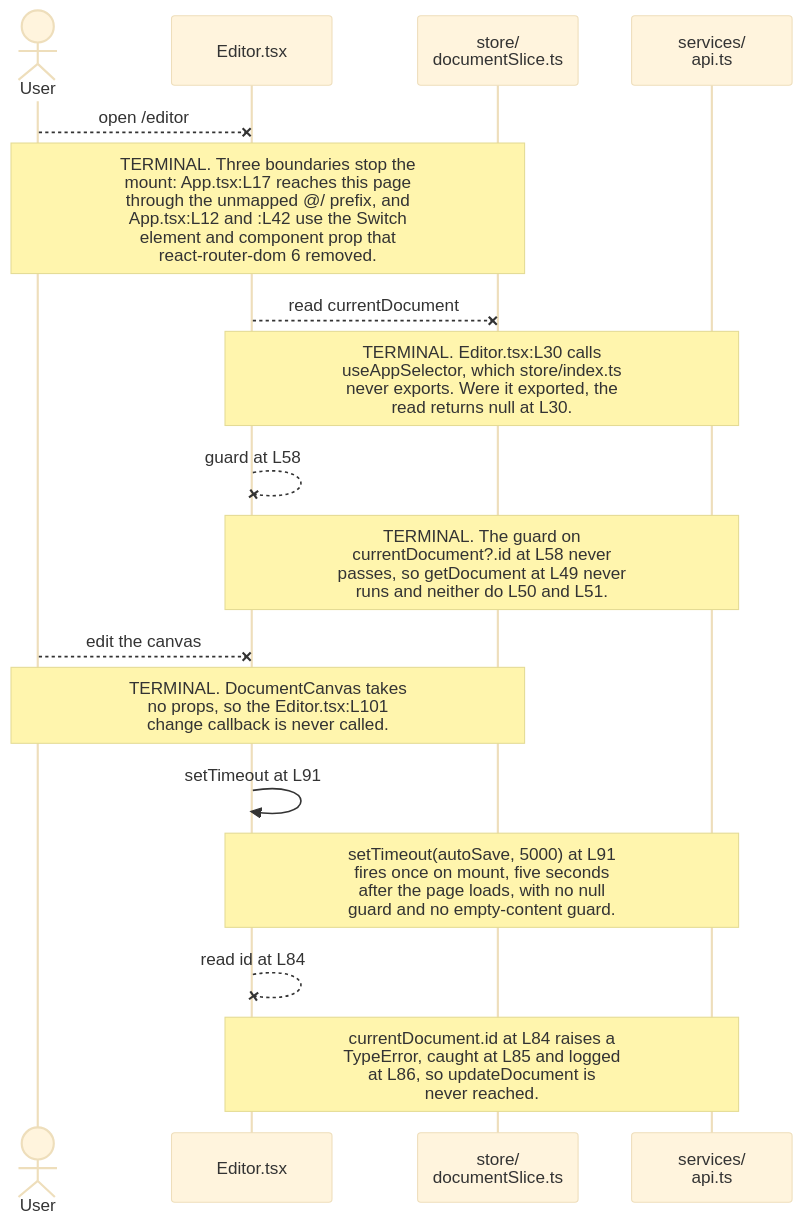
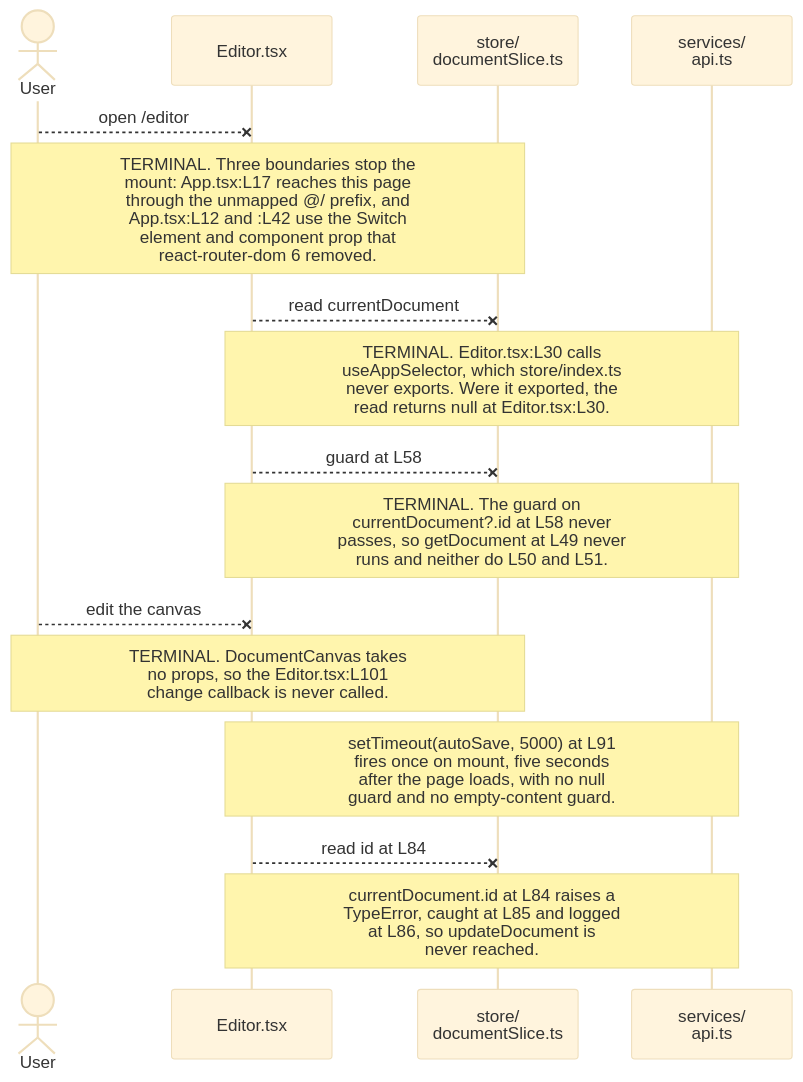
Before and after one commit to blitzy-public-samples/microsoft-word-u33ko0: the diagram in frontend/src/pages/README.md, drawn with Mermaid (base theme). The commit also changed other lines of this file and 25 other files, not shown here.

````diff
--- a/frontend/src/pages/README.md
+++ b/frontend/src/pages/README.md
@@ -125,22 +123,21 @@
 ```mermaid
 sequenceDiagram
     accTitle: Document load and the five-second debounced auto-save on the editor page
     accDescr: A solid arrow holds in the committed code and a crossed arrow marks a step that cannot happen. Four steps are crossed. The route never mounts the page, the store read reaches no exported selector, the guard never passes because currentDocument stays null, and the change callback is never called because DocumentCanvas takes no props. The timer the page does schedule then reads an id off null.
     actor User
     participant Page as Editor.tsx
     participant Store as store/<br/>documentSlice.ts
     participant API as services/<br/>api.ts
 
     User--xPage: open /editor
     Note over User,Store: TERMINAL. Three boundaries stop the<br/>mount: App.tsx:L17 reaches this page<br/>through the unmapped @/ prefix, and<br/>App.tsx:L12 and :L42 use the Switch<br/>element and component prop that<br/>react-router-dom 6 removed.
     Page--xStore: read currentDocument
-    Note over Page,API: TERMINAL. Editor.tsx:L30 calls<br/>useAppSelector, which store/index.ts<br/>never exports. Were it exported, the<br/>read returns null at L30.
-    Page--xPage: guard at L58
+    Note over Page,API: TERMINAL. Editor.tsx:L30 calls<br/>useAppSelector, which store/index.ts<br/>never exports. Were it exported, the<br/>read returns null at Editor.tsx:L30.
+    Page--xStore: guard at L58
     Note over Page,API: TERMINAL. The guard on<br/>currentDocument?.id at L58 never<br/>passes, so getDocument at L49 never<br/>runs and neither do L50 and L51.
     User--xPage: edit the canvas
     Note over User,Store: TERMINAL. DocumentCanvas takes<br/>no props, so the Editor.tsx:L101<br/>change callback is never called.
-    Page->>Page: setTimeout at L91
     Note over Page,API: setTimeout(autoSave, 5000) at L91<br/>fires once on mount, five seconds<br/>after the page loads, with no null<br/>guard and no empty-content guard.
-    Page--xPage: read id at L84
+    Page--xStore: read id at L84
     Note over Page,API: currentDocument.id at L84 raises a<br/>TypeError, caught at L85 and logged<br/>at L86, so updateDocument is<br/>never reached.
 ```
````
